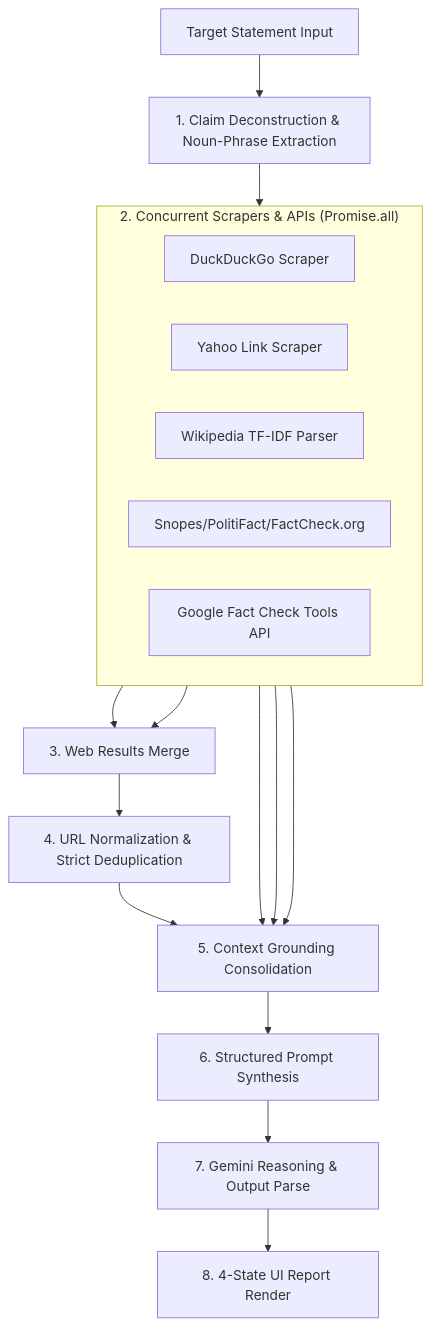
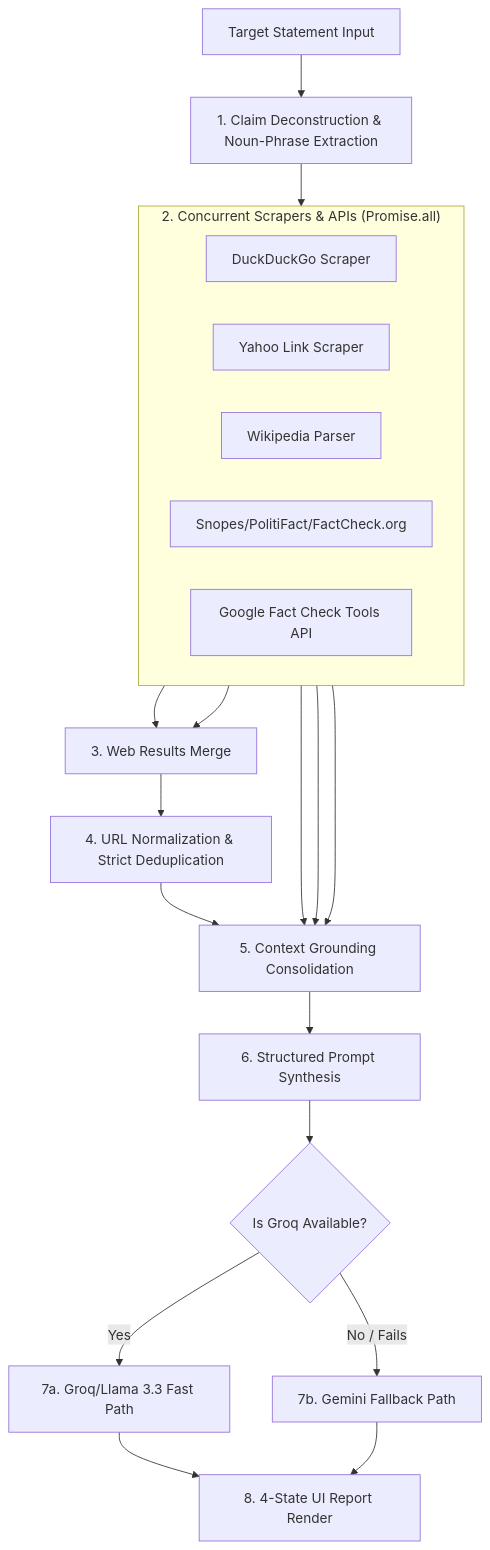
The second of 2 diagrams in README.md (itslokeshx/Fake-Dectector), drawn with Mermaid before and after one commit. The commit also changed other lines of this file, not shown here.

Commit message:
docs: update README to reflect dual-LLM architecture featuring Groq Llama 3.3 integration and fallback to Gemini 3.5

````diff
--- a/README.md
+++ b/README.md
@@ -139,28 +139,31 @@
 ```mermaid
 flowchart TD
     In[Target Statement Input] --> Claims[1. Claim Deconstruction & Noun-Phrase Extraction]
     Claims --> Engine[2. Concurrent Scrapers & APIs]
     
     subgraph Engine ["2. Concurrent Scrapers & APIs (Promise.all)"]
         direction LR
         DDG[DuckDuckGo Scraper]
         Yahoo[Yahoo Link Scraper]
-        Wiki[Wikipedia TF-IDF Parser]
+        Wiki[Wikipedia Parser]
         FC[Snopes/PolitiFact/FactCheck.org]
         GFC[Google Fact Check Tools API]
     end
 
     DDG --> Merge[3. Web Results Merge]
     Yahoo --> Merge
     
     Merge --> Dedup[4. URL Normalization & Strict Deduplication]
     
     Dedup --> Context[5. Context Grounding Consolidation]
     Wiki --> Context
     FC --> Context
     GFC --> Context
     
     Context --> Prompt[6. Structured Prompt Synthesis]
-    Prompt --> Gemini[7. Gemini Reasoning & Output Parse]
-    Gemini --> Report[8. 4-State UI Report Render]
+    Prompt --> Decision{Is Groq Available?}
+    Decision -->|Yes| Groq[7a. Groq/Llama 3.3 Fast Path]
+    Decision -->|No / Fails| GeminiFallback[7b. Gemini Fallback Path]
+    Groq --> Report[8. 4-State UI Report Render]
+    GeminiFallback --> Report
 ```
````
